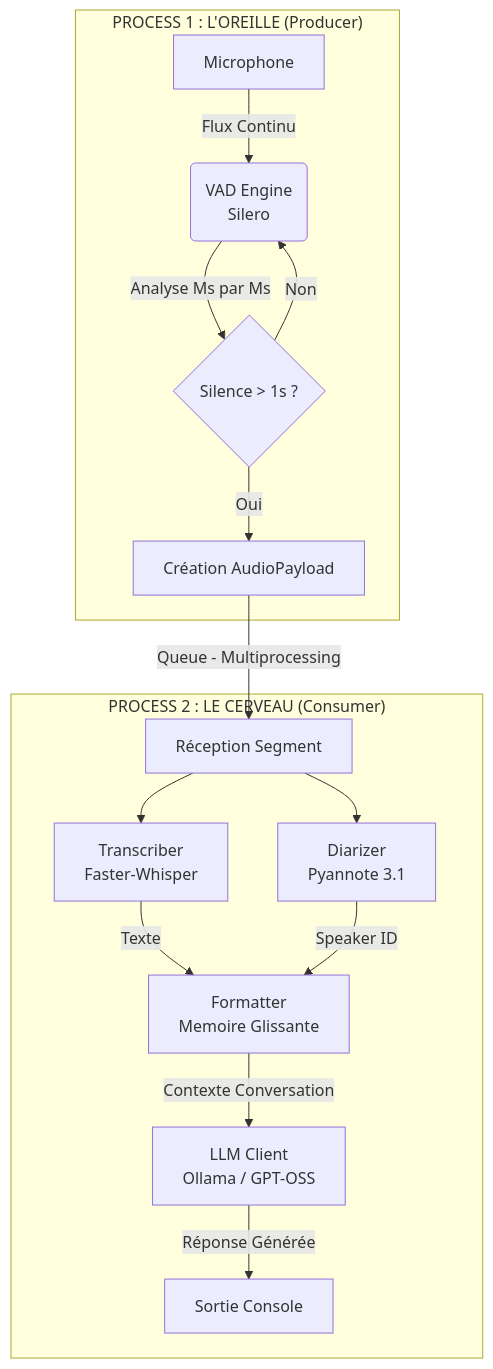
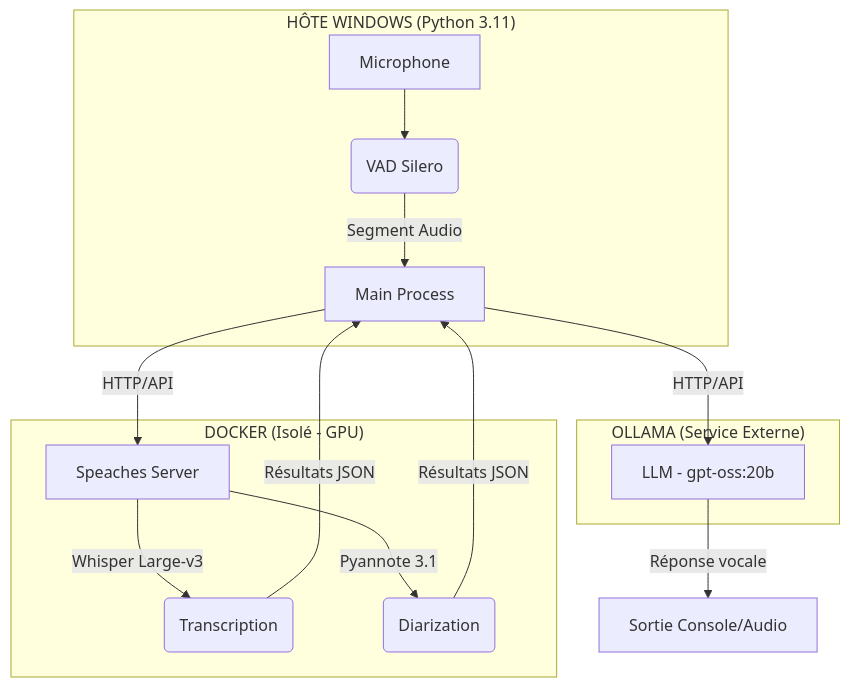
One commit to rbeldico-debug/Diarisation_synthese_LLM changed the diagram in README.md. Above: the diagram before and after it, drawn with Mermaid. The commit also changed other lines of this file and 43 other files, not shown here.

````diff
--- a/README.md
+++ b/README.md
@@ -10,22 +8,20 @@
 ```mermaid
 graph TD
-    subgraph "PROCESS 1 : L'OREILLE (Producer)"
-        A[Microphone] -->|Flux Continu| B(VAD Engine\nSilero)
-        B -->|Analyse Ms par Ms| C{Silence > 1s ?}
-        C -- Non --> B
-        C -- Oui --> D[Création AudioPayload]
+    subgraph "HÔTE WINDOWS (Python 3.11)"
+        A[Microphone] --> B(VAD Silero)
+        B -->|Segment Audio| C[Main Process]
     end
 
-    D -->|Queue - Multiprocessing| E
+    subgraph "DOCKER (Isolé - GPU)"
+        C -->|HTTP/API| D[Speaches Server]
+        D -->|Whisper Large-v3| E(Transcription)
+        D -->|Pyannote 3.1| F(Diarization)
+    end
 
-    subgraph "PROCESS 2 : LE CERVEAU (Consumer)"
-        E[Réception Segment] --> F[Transcriber\nFaster-Whisper]
-        E --> G[Diarizer\nPyannote 3.1]
-        
-        F -->|Texte| H[Formatter\nMemoire Glissante]
-        G -->|Speaker ID| H
-        
-        H -->|Contexte Conversation| I[LLM Client\nOllama / GPT-OSS]
-        I -->|Réponse Générée| J[Sortie Console]
+    subgraph "OLLAMA (Service Externe)"
+        C -->|HTTP/API| G[LLM - gpt-oss:20b]
     end
+
+    E & F -->|Résultats JSON| C
+    G -->|Réponse vocale| H[Sortie Console/Audio]
 ```
````
